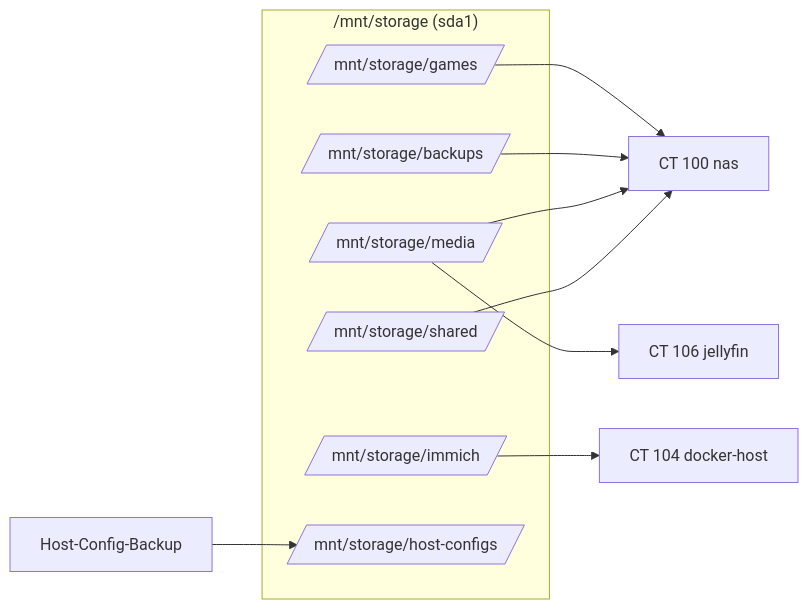
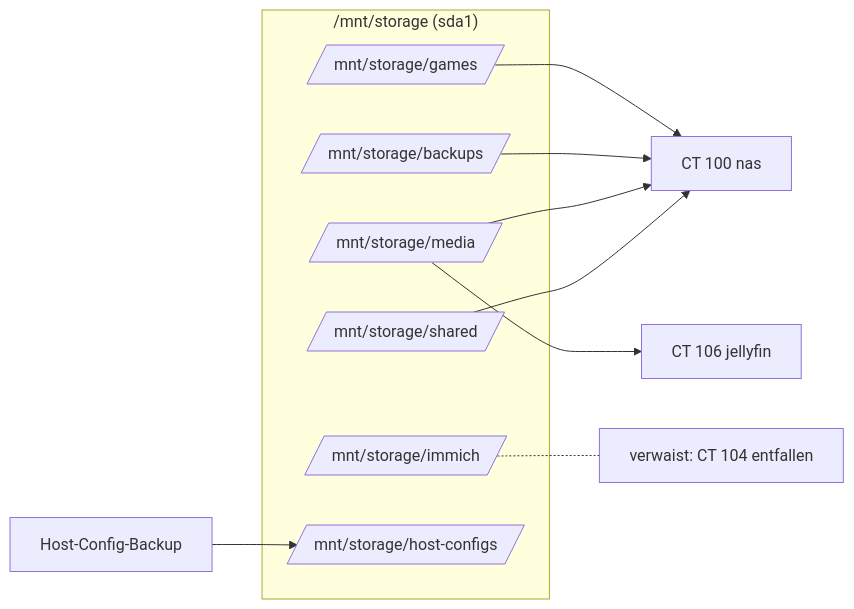
Before and after one commit to rxf-sys/PVE_rxf-sys: the diagram in diagramme/storage.md, drawn with Mermaid. The commit also changed other lines of this file and 28 other files, not shown here.

````diff
--- a/diagramme/storage.md
+++ b/diagramme/storage.md
@@ -35,24 +35,23 @@
 ```mermaid
 flowchart LR
   subgraph "/mnt/storage (sda1)"
     shared[/mnt/storage/shared/]
     media[/mnt/storage/media/]
     backups[/mnt/storage/backups/]
     games[/mnt/storage/games/]
     immich[/mnt/storage/immich/]
     hostcfg[/mnt/storage/host-configs/]
   end
 
   CT100[CT 100 nas]
-  CT104[CT 104 docker-host]
   CT106[CT 106 jellyfin]
   HostBackup[Host-Config-Backup]
 
   shared --> CT100
   media  --> CT100
   backups --> CT100
   games  --> CT100
   media  --> CT106
-  immich --> CT104
+  immich -.- Orphan["verwaist: CT 104 entfallen"]
   HostBackup --> hostcfg
 ```
````
